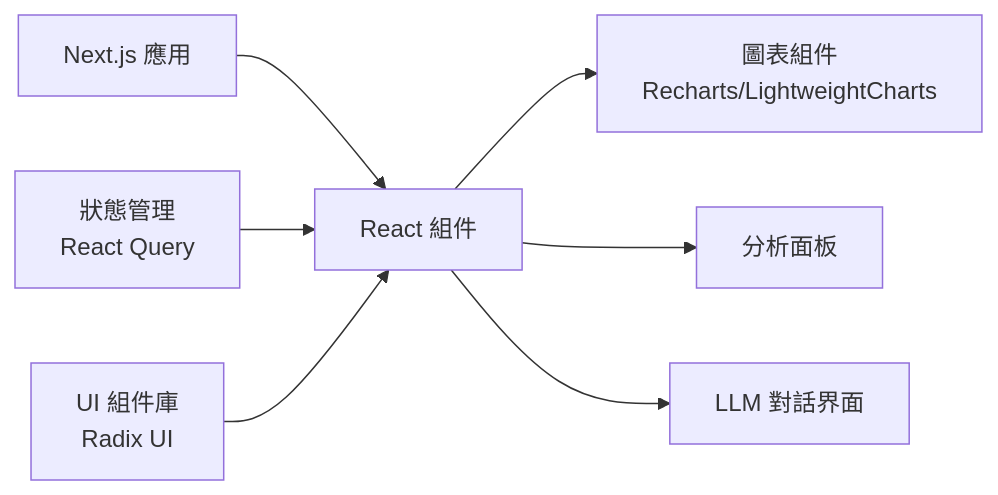
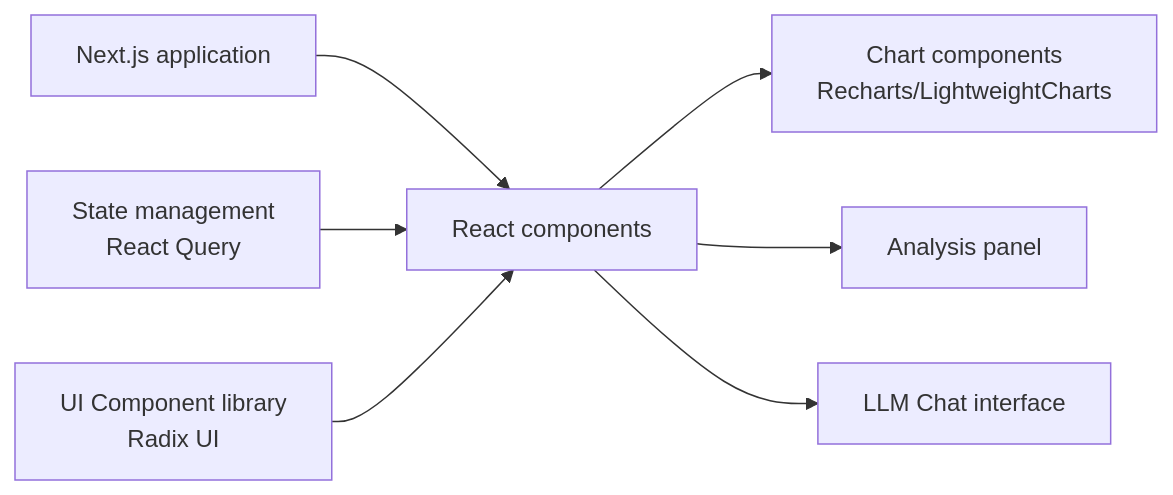
One commit to TomeyGeneralCompany/llm-stock-trader-of-awesomeness changed the second of 6 diagrams in design.md. Above: the diagram before and after it, drawn with Mermaid. The commit also changed other lines of this file and 28 other files, not shown here.

````diff
--- a/design.md
+++ b/design.md
@@ -68,10 +68,10 @@
 ```mermaid
 flowchart LR
-    A[Next.js 應用] --> B[React 組件]
-    B --> C[圖表組件<br/>Recharts/LightweightCharts]
-    B --> D[分析面板]
-    B --> E[LLM 對話界面]
+    A[Next.js application] --> B[React components]
+    B --> C[Chart components<br/>Recharts/LightweightCharts]
+    B --> D[Analysis panel]
+    B --> E[LLM Chat interface]
     
-    F[狀態管理<br/>React Query] --> B
-    G[UI 組件庫<br/>Radix UI] --> B
+    F[State management<br/>React Query] --> B
+    G[UI Component library<br/>Radix UI] --> B
 ```
````
